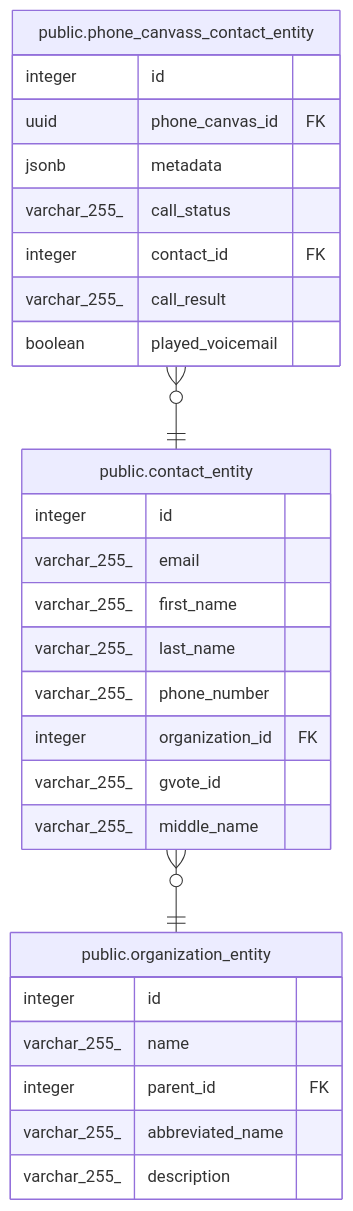
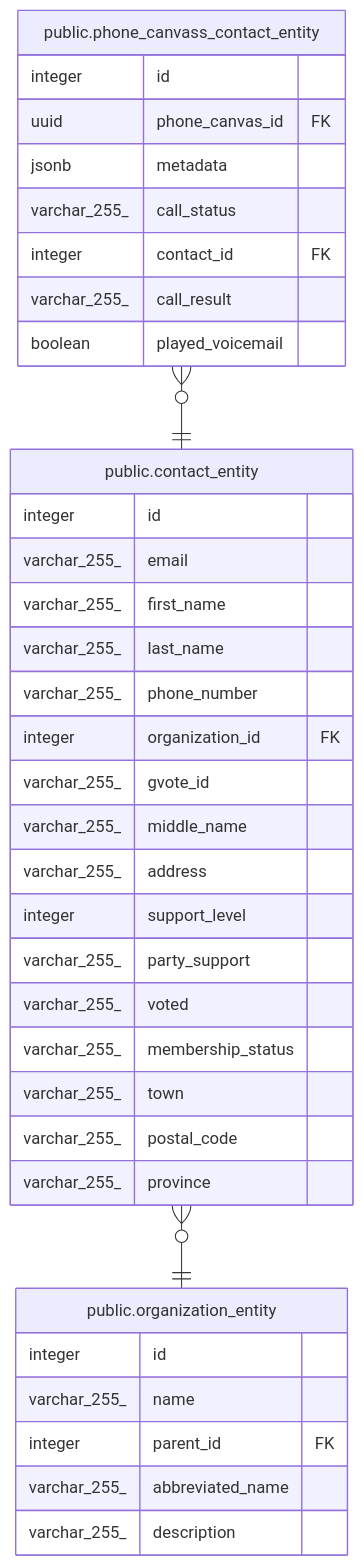
One commit to gpo/grassroots changed the diagram in doc/schema/public.contact_entity.md. Above: the diagram before and after it, drawn with Mermaid. The commit also changed other lines of this file and 6 other files, not shown here.

````diff
--- a/doc/schema/public.contact_entity.md
+++ b/doc/schema/public.contact_entity.md
@@ -39,33 +47,41 @@
 ```mermaid
 erDiagram
 
 "public.phone_canvass_contact_entity" }o--|| "public.contact_entity" : ""
 "public.contact_entity" }o--|| "public.organization_entity" : ""
 
 "public.contact_entity" {
   integer id
   varchar_255_ email
   varchar_255_ first_name
   varchar_255_ last_name
   varchar_255_ phone_number
   integer organization_id FK
   varchar_255_ gvote_id
   varchar_255_ middle_name
+  varchar_255_ address
+  integer support_level
+  varchar_255_ party_support
+  varchar_255_ voted
+  varchar_255_ membership_status
+  varchar_255_ town
+  varchar_255_ postal_code
+  varchar_255_ province
 }
 "public.phone_canvass_contact_entity" {
   integer id
   uuid phone_canvas_id FK
   jsonb metadata
   varchar_255_ call_status
   integer contact_id FK
   varchar_255_ call_result
   boolean played_voicemail
 }
 "public.organization_entity" {
   integer id
   varchar_255_ name
   integer parent_id FK
   varchar_255_ abbreviated_name
   varchar_255_ description
 }
 ```
````
